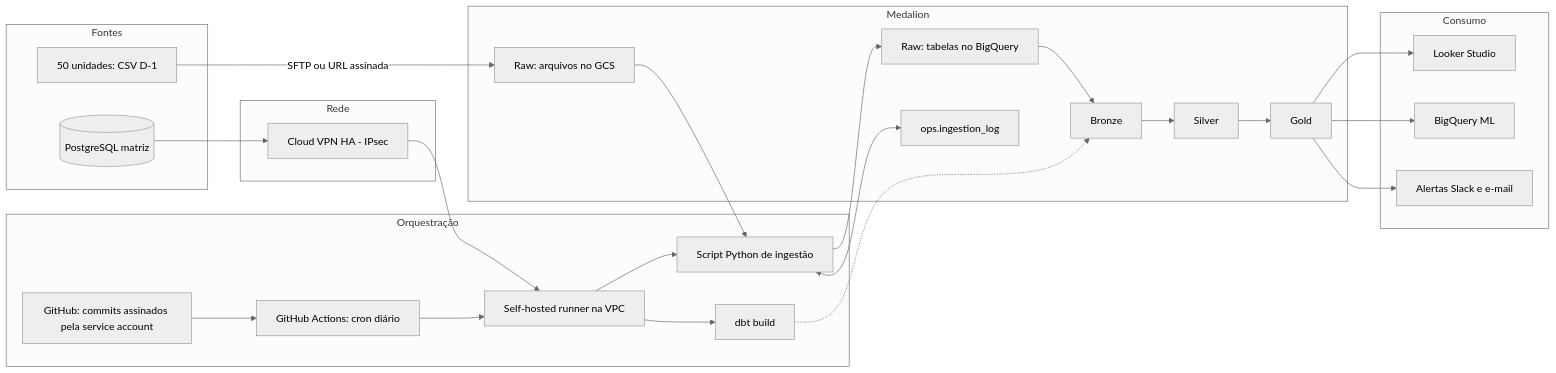
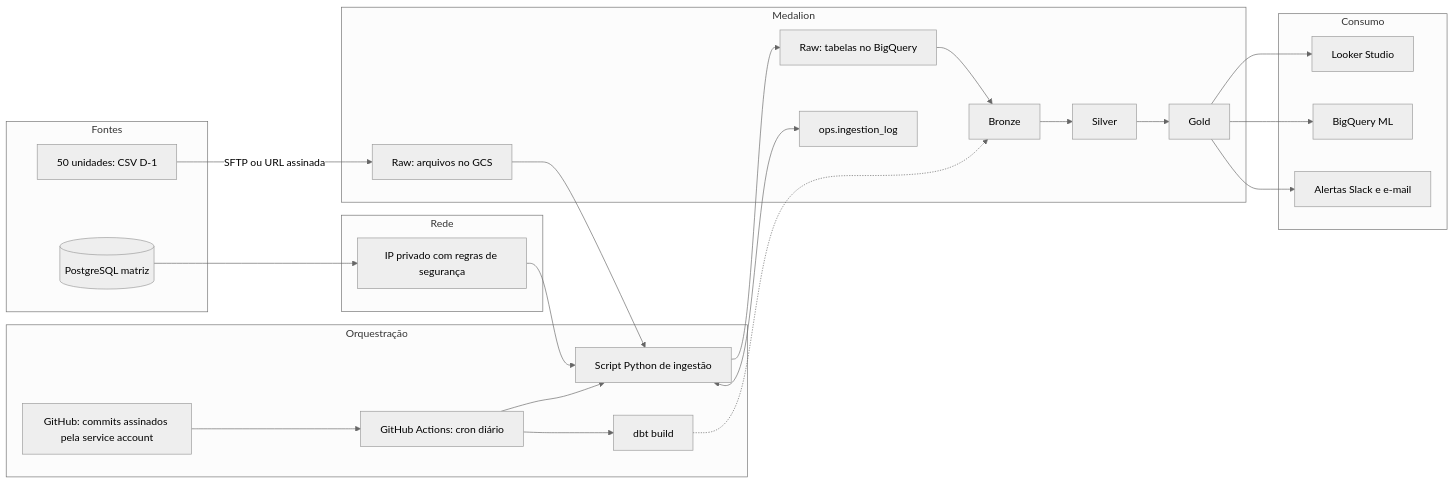
Before and after one commit to gustavojpmachado/techtest_datalakers: the third of 3 diagrams in README.md, drawn with Mermaid (neutral theme). The commit also changed other lines of this file, not shown here.

````diff
--- a/README.md
+++ b/README.md
@@ -82,43 +80,42 @@
 ```mermaid
 flowchart LR
 subgraph Fontes
 U[50 unidades: CSV D-1]
 PG[(PostgreSQL matriz)]
 end
 subgraph Rede
-VPN[Cloud VPN HA - IPsec]
+IP[IP privado com regras de segurança]
 end
 subgraph Orquestração
 GIT[GitHub: commits assinados pela service account]
 GA[GitHub Actions: cron diário]
-RN[Self-hosted runner na VPC]
 PY[Script Python de ingestão]
 DBT[dbt build]
 end
 subgraph Medalion
 RAWF[Raw: arquivos no GCS]
 RAWT[Raw: tabelas no BigQuery]
 LOG[ops.ingestion_log]
 BR[Bronze]
 SI[Silver]
 GO[Gold]
 end
 subgraph Consumo
 LK[Looker Studio]
 ML[BigQuery ML]
 AL[Alertas Slack e e-mail]
 end
 U -->|SFTP ou URL assinada| RAWF
-PG --> VPN --> RN
-GIT --> GA --> RN
-RN --> PY
-RN --> DBT
+PG --> IP --> PY
+GIT --> GA
+GA --> PY
+GA --> DBT
 RAWF --> PY
 PY <--> LOG
 PY --> RAWT
 RAWT --> BR --> SI --> GO
 DBT -.-> BR
 GO --> LK
 GO --> ML
 GO --> AL
 ```
````
